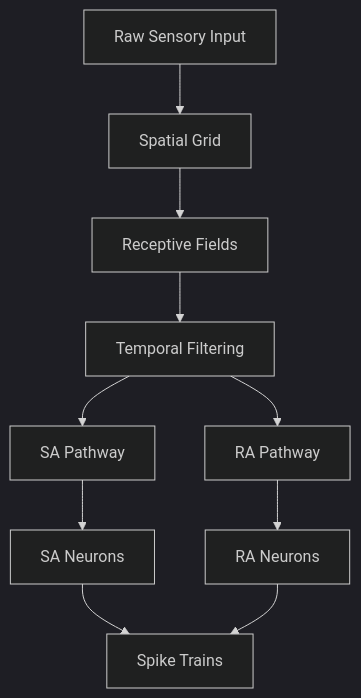
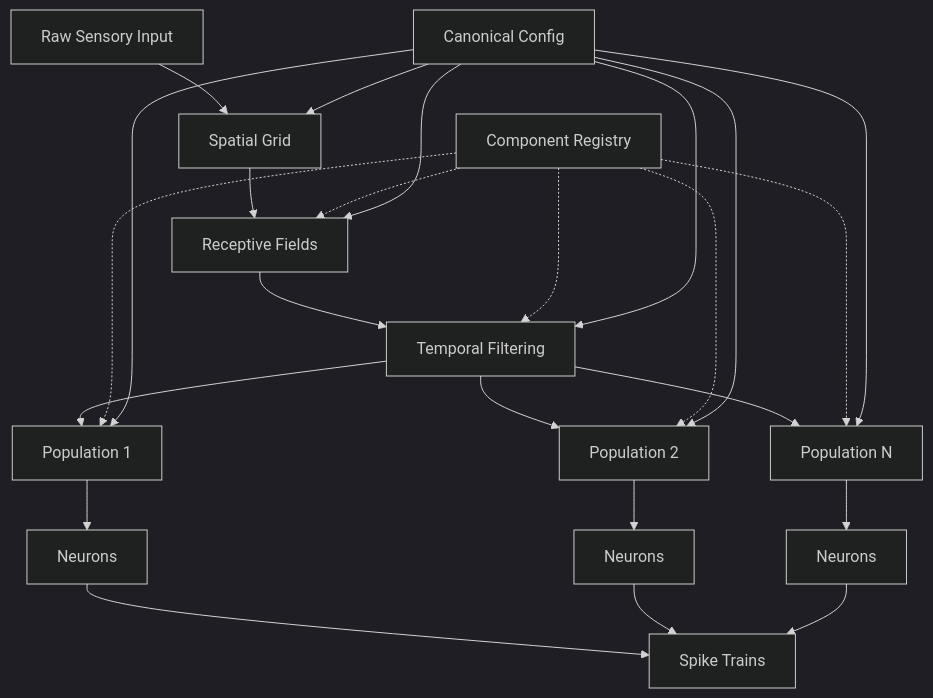
The diagram in docs/getting_started/concepts.md (benefron/sensoryforge), drawn with Mermaid (dark theme) before and after one commit. The commit also changed other lines of this file and 10 other files, not shown here.

````diff
--- a/docs/getting_started/concepts.md
+++ b/docs/getting_started/concepts.md
@@ -15,12 +15,28 @@
 ```mermaid
 graph TD
     A[Raw Sensory Input] --> B[Spatial Grid]
     B --> C[Receptive Fields]
     C --> D[Temporal Filtering]
-    D --> E1[SA Pathway]
-    D --> E2[RA Pathway]
-    E1 --> F1[SA Neurons]
-    E2 --> F2[RA Neurons]
+    D --> E1[Population 1]
+    D --> E2[Population 2]
+    D --> E3[Population N]
+    E1 --> F1[Neurons]
+    E2 --> F2[Neurons]
+    E3 --> F3[Neurons]
     F1 --> G[Spike Trains]
     F2 --> G
+    F3 --> G
+    
+    H[Component Registry] -.-> E1
+    H -.-> E2
+    H -.-> E3
+    H -.-> D
+    H -.-> C
+    
+    I[Canonical Config] --> B
+    I --> C
+    I --> D
+    I --> E1
+    I --> E2
+    I --> E3
 ```
````
